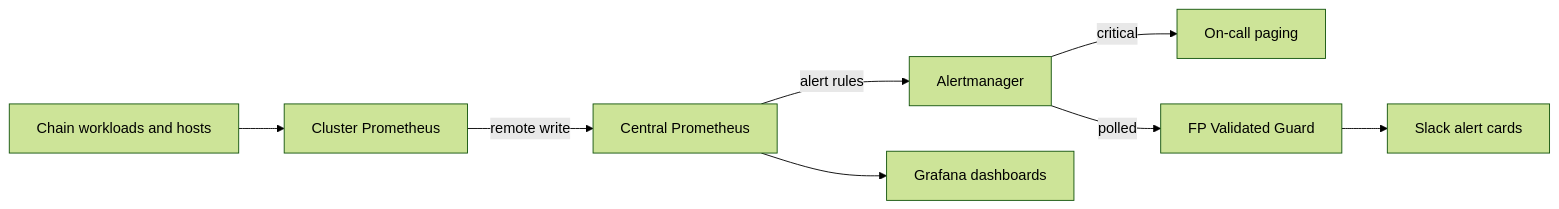
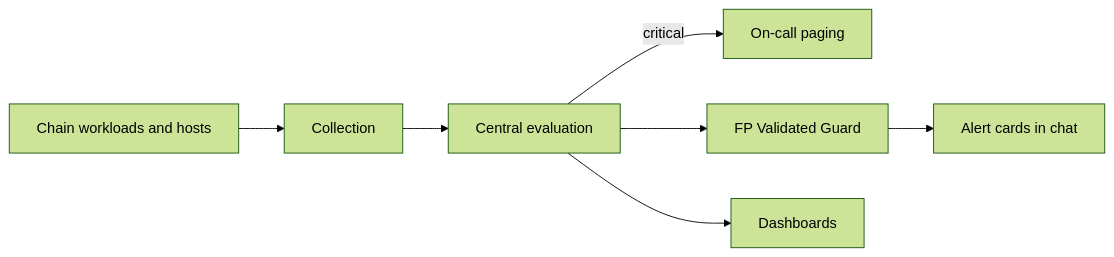
One commit to FP-Validated/fp-validated-docs changed the diagram in website/docs/fp-validated-infra/monitoring-architecture.md. Above: the diagram before and after it, drawn with Mermaid (forest theme). The commit also changed other lines of this file and 20 other files, not shown here.

````diff
--- a/website/docs/fp-validated-infra/monitoring-architecture.md
+++ b/website/docs/fp-validated-infra/monitoring-architecture.md
@@ -11,19 +11,17 @@
 ```mermaid
 flowchart LR
   targets[Chain workloads and hosts]
-  collector[Cluster Prometheus]
-  central[Central Prometheus]
-  am[Alertmanager]
+  collect[Collection]
+  central[Central evaluation]
   pager[On-call paging]
   guard[FP Validated Guard]
-  slack[Slack alert cards]
-  grafana[Grafana dashboards]
+  chat[Alert cards in chat]
+  dash[Dashboards]
 
-  targets --> collector
-  collector -- remote write --> central
-  central -- alert rules --> am
-  am -- critical --> pager
-  am -- polled --> guard
-  guard --> slack
-  central --> grafana
+  targets --> collect
+  collect --> central
+  central -- critical --> pager
+  central --> guard
+  guard --> chat
+  central --> dash
 ```
````
